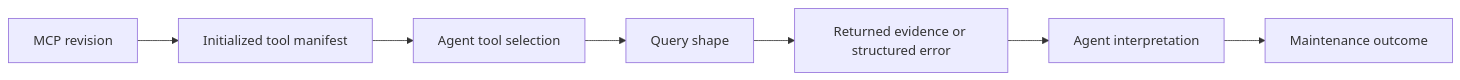
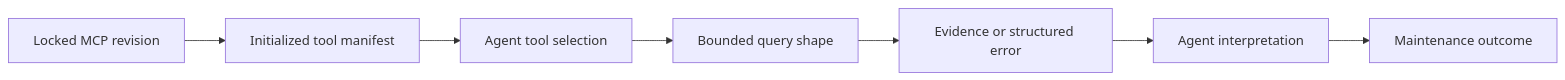
One commit to ash0ts/fugue changed the first of 2 diagrams in docs/articles/fugue-agentic-software-factory/fugue-3-api-compatibility-is-not-agent-compatibility/article.md. Above: the diagram before and after it, drawn with Mermaid. The commit also changed other lines of this file and 104 other files, not shown here.

````diff
--- a/docs/articles/fugue-agentic-software-factory/fugue-3-api-compatibility-is-not-agent-compatibility/article.md
+++ b/docs/articles/fugue-agentic-software-factory/fugue-3-api-compatibility-is-not-agent-compatibility/article.md
@@ -72,9 +73,9 @@
 ```mermaid
 flowchart LR
-    R["MCP revision"] --> M["Initialized tool manifest"]
+    R["Locked MCP revision"] --> M["Initialized tool manifest"]
     M --> S["Agent tool selection"]
-    S --> Q["Query shape"]
-    Q --> E["Returned evidence or structured error"]
+    S --> Q["Bounded query shape"]
+    Q --> E["Evidence or structured error"]
     E --> I["Agent interpretation"]
     I --> O["Maintenance outcome"]
 ```
````
